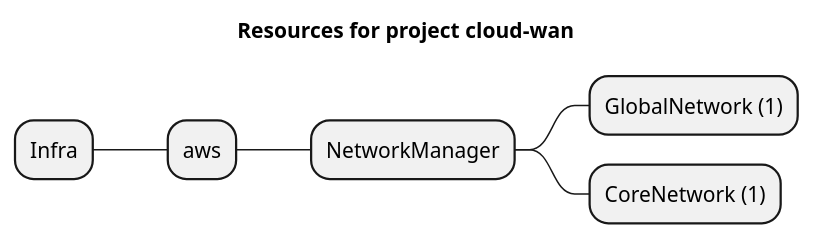
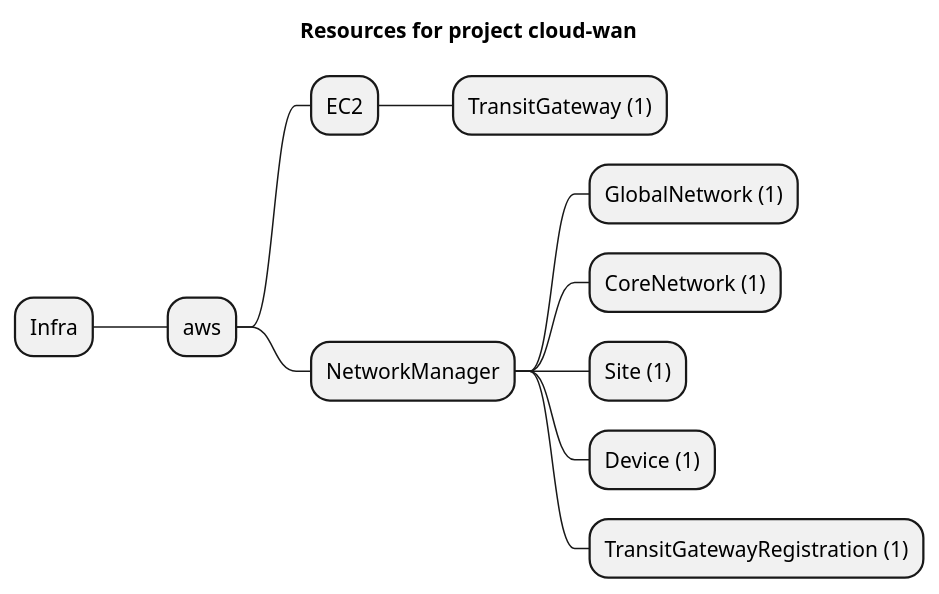
The diagram in examples/aws/NetworkManager/cloud-wan/artifacts/resources-mindmap.puml (grucloud/grucloud), drawn with PlantUML before and after one commit. The commit also changed 28 other files, not shown here.

```diff
--- a/examples/aws/NetworkManager/cloud-wan/artifacts/resources-mindmap.puml
+++ b/examples/aws/NetworkManager/cloud-wan/artifacts/resources-mindmap.puml
@@ -1,9 +1,14 @@
 @startmindmap
 title Resources for project cloud-wan
 skinparam monochrome true
 + Infra
 ++ aws
++++ EC2
+++++ TransitGateway (1)
 +++ NetworkManager
 ++++ GlobalNetwork (1)
 ++++ CoreNetwork (1)
+++++ Site (1)
+++++ Device (1)
+++++ TransitGatewayRegistration (1)
 @endmindmap
```
